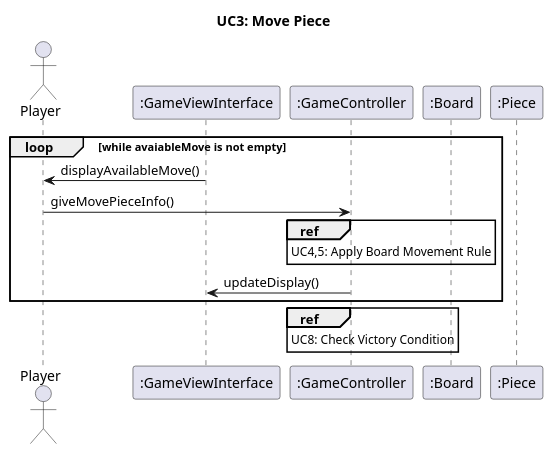
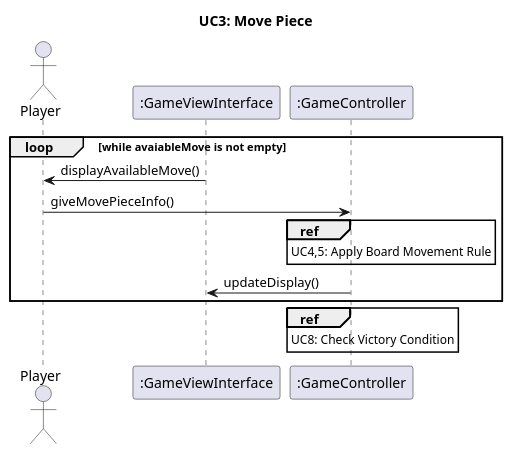
The diagram in UC3.puml (jack0928/SE-Term-Project-2025), drawn with PlantUML before and after one commit.

Commit message:
docs: delete unused class

```diff
--- a/UC3.puml
+++ b/UC3.puml
@@ -1,28 +1,24 @@
 @startuml
 title UC3: Move Piece
 
 actor Player
 participant ":GameViewInterface" as GameViewInterface
 participant ":GameController" as GameController
-participant ":Board" as Board
-participant ":Piece" as Piece
-
-' Board 와 piece는 사용되지 않으므로 재검토 필요.
 
 loop while avaiableMove is not empty
 GameViewInterface -> Player : displayAvailableMove()
 Player-> GameController : giveMovePieceInfo()
 
 ref over GameController
 	UC4,5: Apply Board Movement Rule
 end ref
 
 GameController -> GameViewInterface : updateDisplay()
 end loop
 
 ref over GameController
 	UC8: Check Victory Condition
 end ref
 
 
 @enduml
```
